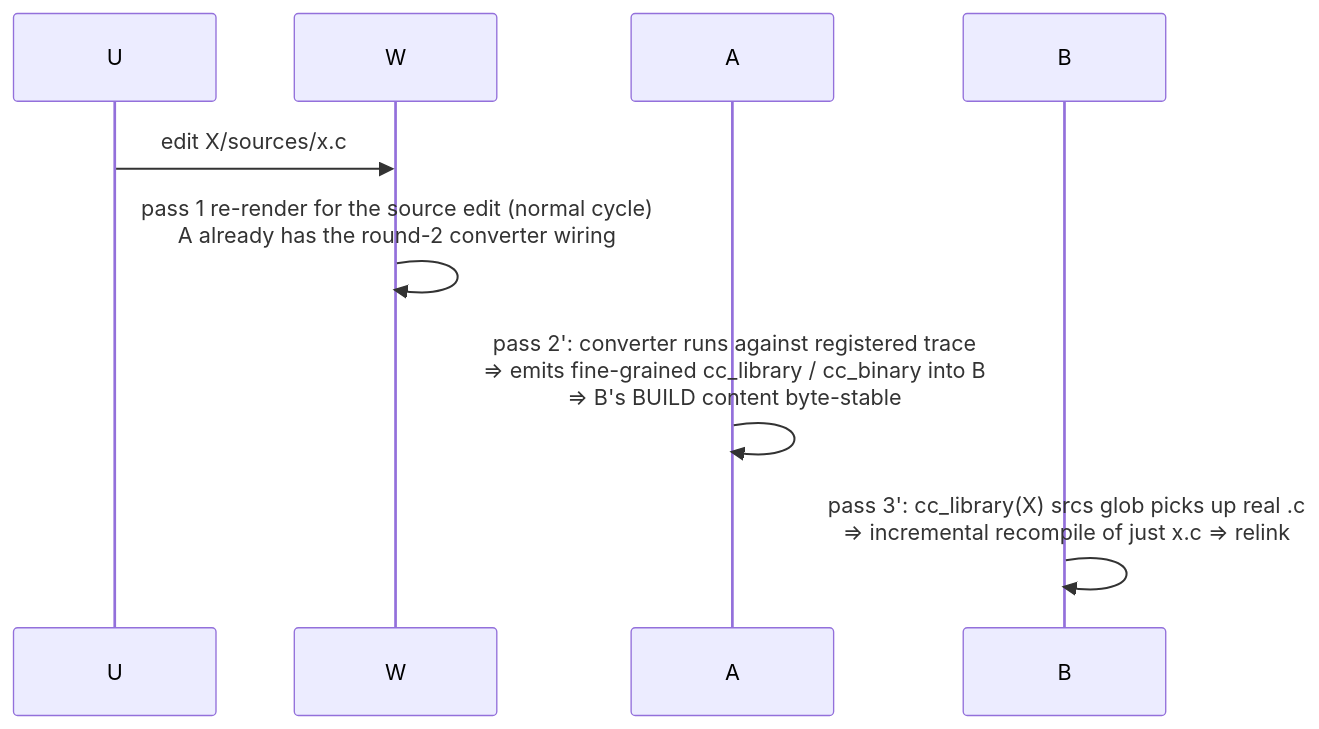
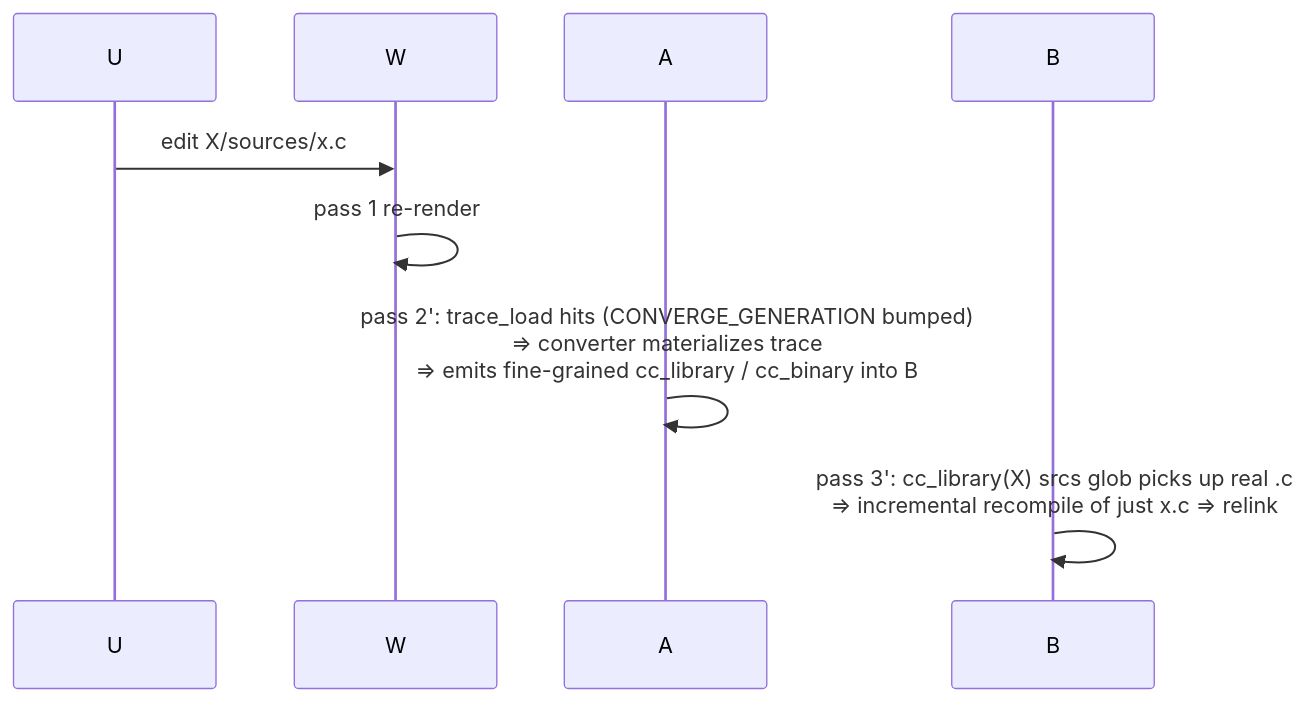
One commit to sstriker/buildstream-bazel changed the third of 4 diagrams in docs/three-pass-flow.md. Above: the diagram before and after it, drawn with Mermaid. The commit also changed other lines of this file and 10 other files, not shown here.

````diff
--- a/docs/three-pass-flow.md
+++ b/docs/three-pass-flow.md
@@ -166,7 +144,7 @@
 ```mermaid
 sequenceDiagram
     U->>W: edit X/sources/x.c
-    W->>W: pass 1 re-render for the source edit (normal cycle)<br/>A already has the round-2 converter wiring
-    A->>A: pass 2': converter runs against registered trace<br/>⇒ emits fine-grained cc_library / cc_binary into B<br/>⇒ B's BUILD content byte-stable
+    W->>W: pass 1 re-render
+    A->>A: pass 2': trace_load hits (CONVERGE_GENERATION bumped)<br/>⇒ converter materializes trace<br/>⇒ emits fine-grained cc_library / cc_binary into B
     B->>B: pass 3': cc_library(X) srcs glob picks up real .c<br/>⇒ incremental recompile of just x.c ⇒ relink
 ```
````
